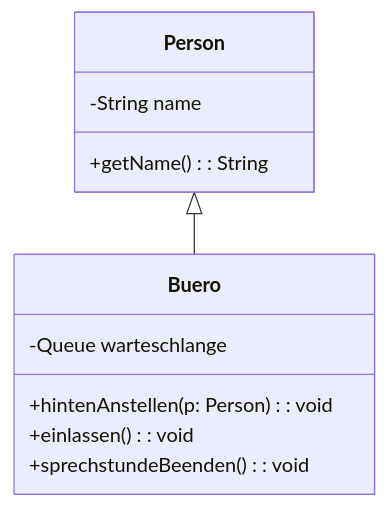
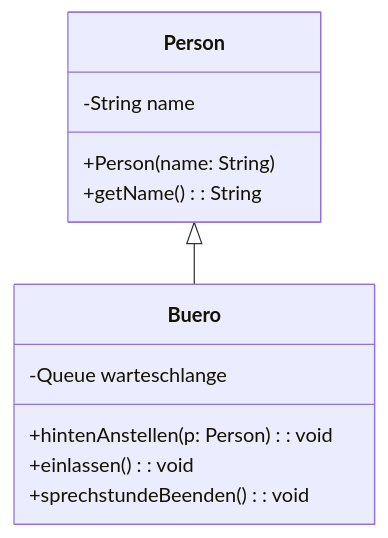
Before and after one commit to rueckertgym/begleitmaterial: the diagram in book/lineareDatenstrukturen/loesungen/s63nr1Queue.md, drawn with Mermaid.

````diff
--- a/book/lineareDatenstrukturen/loesungen/s63nr1Queue.md
+++ b/book/lineareDatenstrukturen/loesungen/s63nr1Queue.md
@@ -38,14 +38,15 @@
 ```mermaid
 classDiagram
     Person <|-- Buero
     Person : -String name
     class Buero {
         -Queue warteschlange
         +hintenAnstellen(p: Person): void
         +einlassen(): void
         +sprechstundeBeenden(): void
     }
     class Person{
+      +Person(name: String)
       +getName(): String
     }
 ```
````
